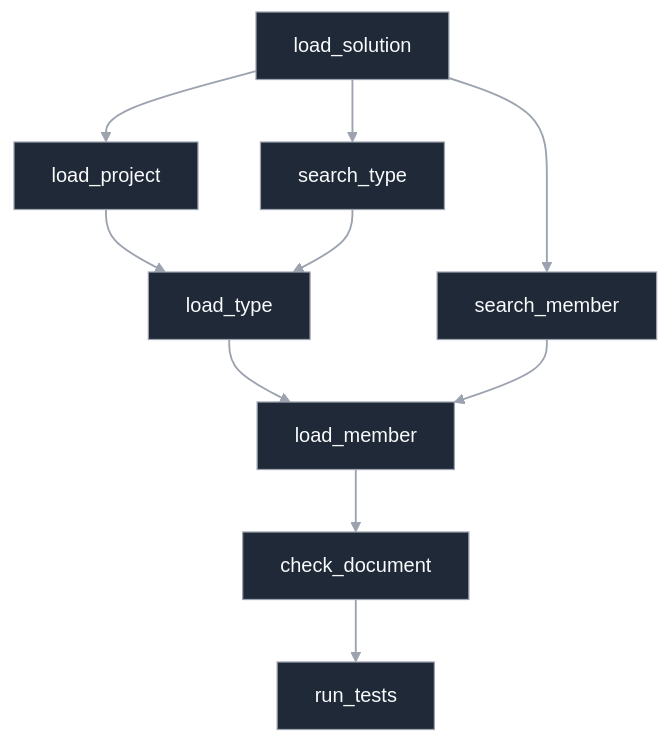
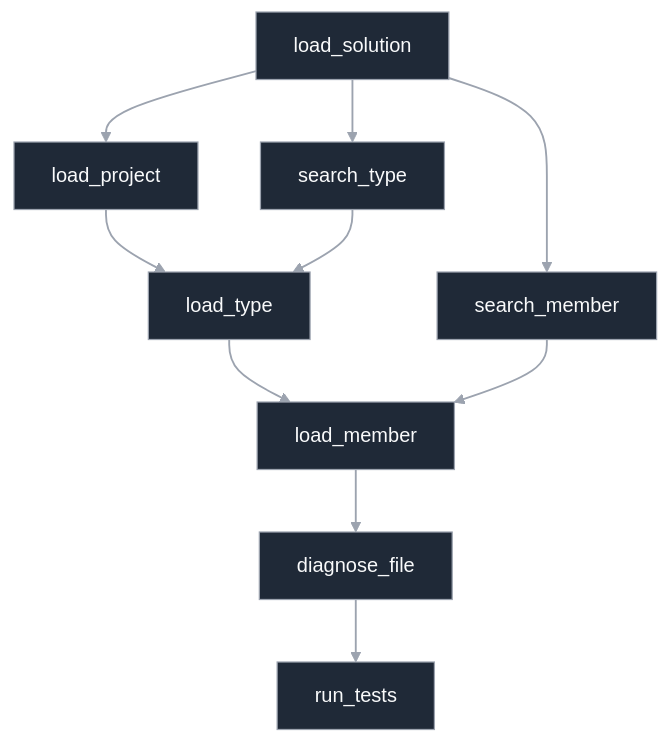
Before and after one commit to bob-clawd/RoslynMcp: the diagram in README.md, drawn with Mermaid. The commit also changed 3 other files, not shown here.

Commit message:
Rename check document tool to diagnose file

````diff
--- a/README.md
+++ b/README.md
@@ -60,20 +60,20 @@
 ```mermaid
 %%{init: {"theme": "base", "themeVariables": { "background": "transparent" }}}%%
 flowchart TD
     ls[load_solution] --> lp[load_project]
     lp --> lt[load_type]
     lt --> lm[load_member]
 
     ls --> st[search_type]
     ls --> sm[search_member]
 
     st --> lt
     sm --> lm
 
-    lm --> cd[check_document]
-    cd --> rt[run_tests]
+    lm --> df[diagnose_file]
+    df --> rt[run_tests]
 
     classDef tool fill:#1f2937,stroke:#9ca3af,color:#f9fafb;
-    class ls,lp,lt,lm,st,sm,cd,rt tool;
+    class ls,lp,lt,lm,st,sm,df,rt tool;
     linkStyle default stroke:#9ca3af,stroke-width:1.5px;
 ```
````
